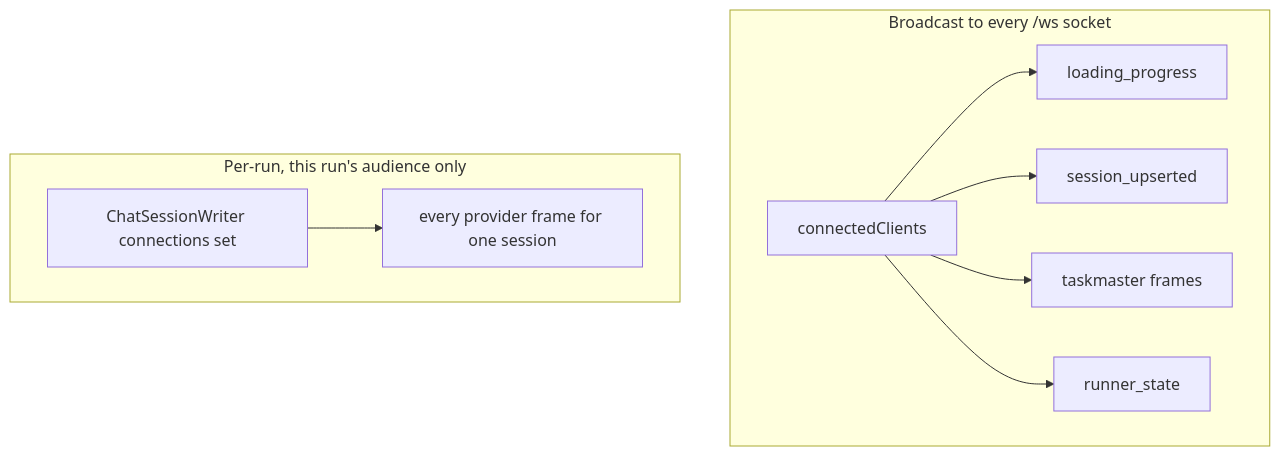
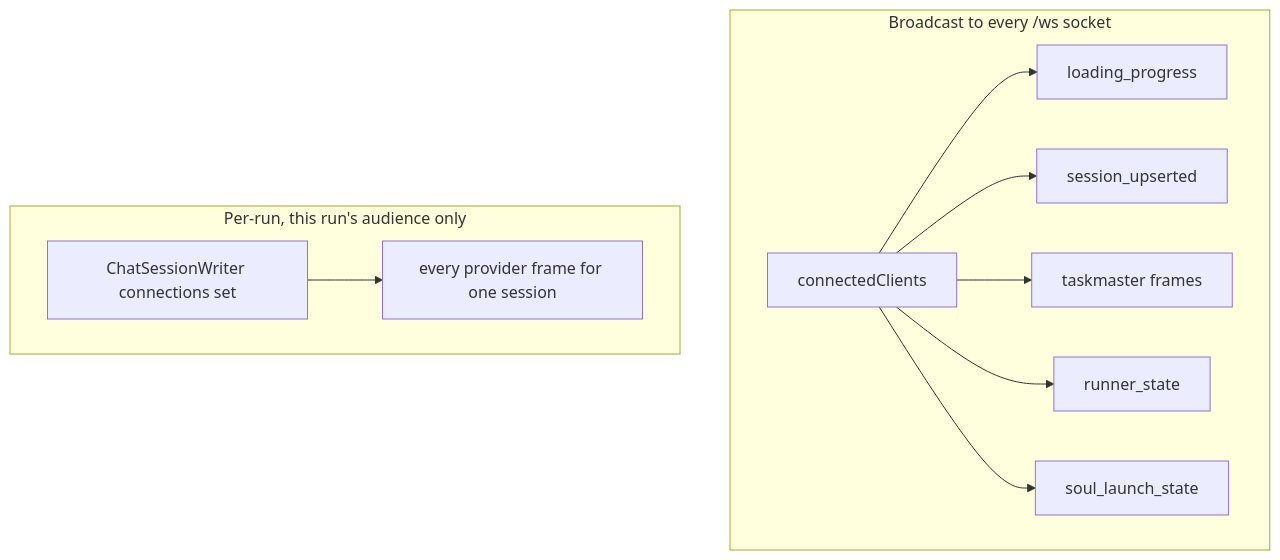
The fifth of 5 diagrams in docs/architecture/01-websocket-transport.md (ScottDeJesus/claudecodeui_lyphe), drawn with Mermaid before and after one commit. The commit also changed other lines of this file and 204 other files, not shown here.

````diff
--- a/docs/architecture/01-websocket-transport.md
+++ b/docs/architecture/01-websocket-transport.md
@@ -539,14 +541,15 @@
 ```mermaid
 flowchart TD
   subgraph Broadcast["Broadcast to every /ws socket"]
     SET["connectedClients"]
     SET --> E1["loading_progress"]
     SET --> E2["session_upserted"]
     SET --> E3["taskmaster frames"]
     SET --> E4["runner_state"]
+    SET --> E6["soul_launch_state"]
   end
   subgraph PerRun["Per-run, this run's audience only"]
     W["ChatSessionWriter connections set"]
     W --> E5["every provider frame for one session"]
   end
 ```
````
